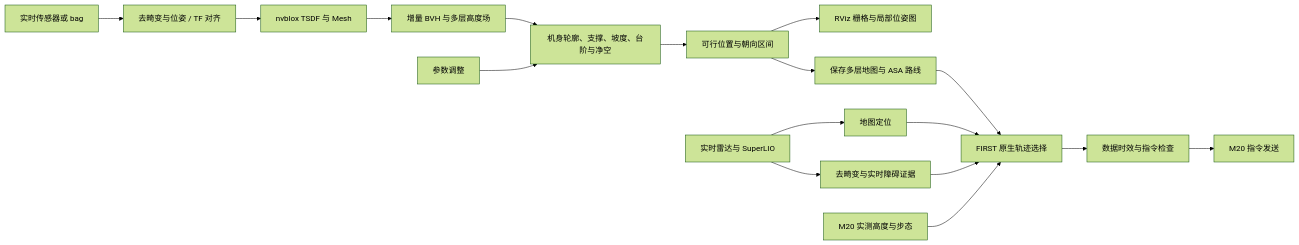
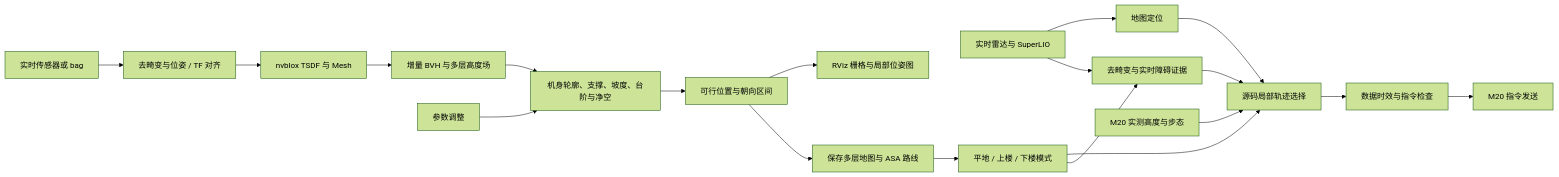
One commit to CUDDLIU/se2-nvblox-traversability changed the diagram in README.zh-CN.md. Above: the diagram before and after it, drawn with Mermaid (forest theme). The commit also changed other lines of this file and 8 other files, not shown here.

````diff
--- a/README.zh-CN.md
+++ b/README.zh-CN.md
@@ -140,19 +139,21 @@
 ```mermaid
 flowchart LR
     S[实时传感器或 bag] --> D[去畸变与位姿 / TF 对齐]
     D --> N[nvblox TSDF 与 Mesh]
     N --> B[增量 BVH 与多层高度场]
     B --> C[机身轮廓、支撑、坡度、台阶与净空]
     C --> P[可行位置与朝向区间]
     P --> R[RViz 栅格与局部位姿图]
     T[参数调整] --> C
     P --> G[保存多层地图与 ASA 路线]
     L[实时雷达与 SuperLIO] --> A[地图定位]
-    A --> F[FIRST 原生轨迹选择]
-    G --> F
+    A --> F[源码局部轨迹选择]
+    G --> TERRA[平地 / 上楼 / 下楼模式]
+    TERRA --> F
+    TERRA --> O
     L --> O[去畸变与实时障碍证据]
     O --> F
     M[M20 实测高度与步态] --> F
     F --> V[数据时效与指令检查]
     V --> U[M20 指令发送]
 ```
````
